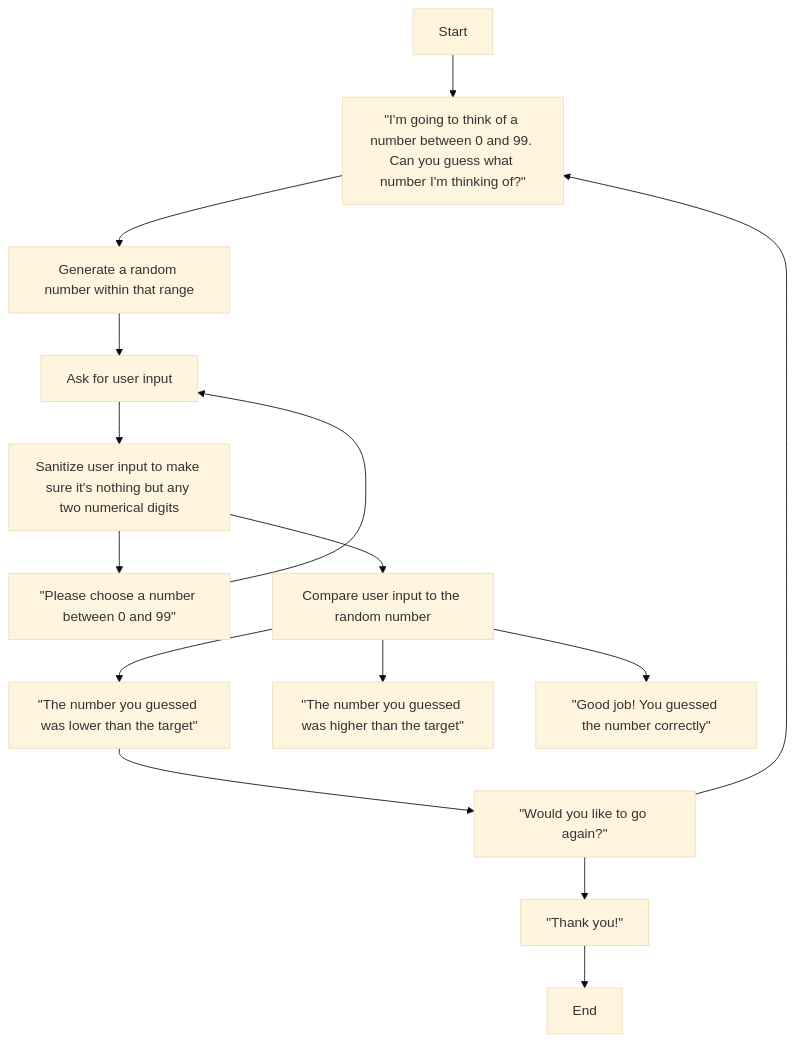
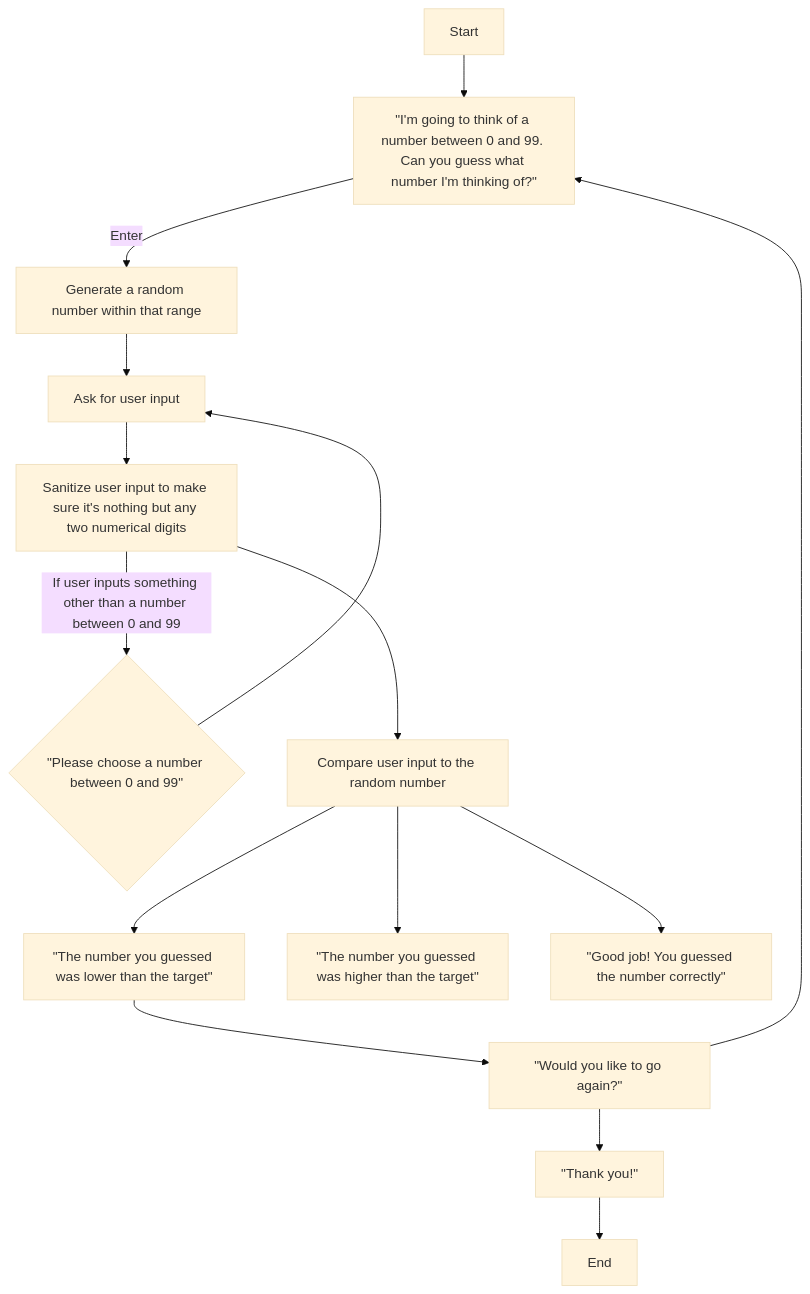
One commit to melanieb98/melanieb98 changed the diagram in Diagram.md. Above: the diagram before and after it, drawn with Mermaid (base theme).

````diff
--- a/Diagram.md
+++ b/Diagram.md
@@ -1,20 +1,20 @@
 ```mermaid
 
 flowchart TD
 
     Start[Start]-->st1[#quot;I'm going to think of a number between 0 and 99. Can you guess what number I'm thinking of?#quot;];
-    st1-->st1.1[Generate a random number within that range];
+    st1--Enter-->st1.1[Generate a random number within that range];
     st1.1-->st2[Ask for user input];
     st2-->st3[Sanitize user input to make sure it's nothing but any two numerical digits];
-    st3-->st3.1[#quot;Please choose a number between 0 and 99#quot;];
+    st3--If user inputs something other than a number between 0 and 99-->st3.1{#quot;Please choose a number between 0 and 99#quot;};
     st3.1-->st2;
     st3-->st4[Compare user input to the random number];
     st4-->lower[#quot;The number you guessed was lower than the target#quot;];
     st4-->higher[#quot;The number you guessed was higher than the target#quot;];
     st4-->correct[#quot;Good job! You guessed the number correctly#quot;];
     lower-->repeat[#quot;Would you like to go again?#quot;];
     repeat-->st1;
     repeat-->stop[#quot;Thank you!#quot;];
     stop-->End[End];
 
 ```
````
